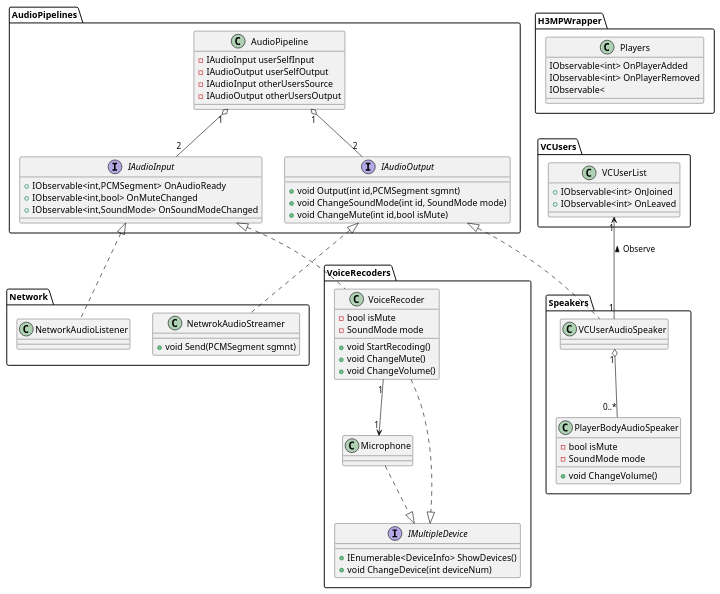
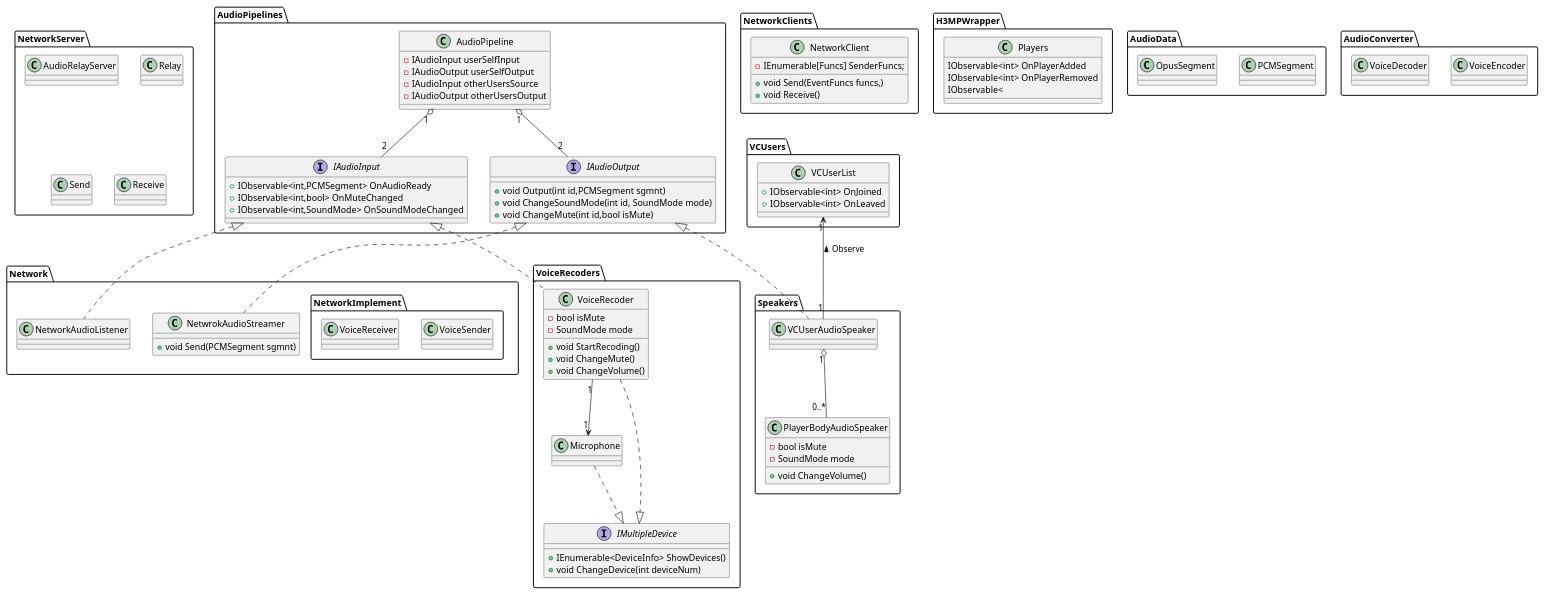
One commit to CatalpaBow/H3VC changed the diagram in uml.wsd. Above: the diagram before and after it, drawn with PlantUML. The commit also changed 866 other files, not shown here.

```diff
--- a/uml.wsd
+++ b/uml.wsd
@@ -1,93 +1,139 @@
 @startuml
 package AudioPipelines{
     class AudioPipeline{
         - IAudioInput userSelfInput
         - IAudioOutput userSelfOutput
         - IAudioInput otherUsersSource
         - IAudioOutput otherUsersOutput    
     }
     interface IAudioOutput{
         + void Output(int id,PCMSegment sgmnt)
         + void ChangeSoundMode(int id, SoundMode mode)
         + void ChangeMute(int id,bool isMute)
     }
     interface IAudioInput{
         + IObservable<int,PCMSegment> OnAudioReady
         + IObservable<int,bool> OnMuteChanged
         + IObservable<int,SoundMode> OnSoundModeChanged
     }
 }
+package NetworkServer{
+    class AudioRelayServer{
+        
+    }
 
+    class Relay{
+
+    }
+    class Send{
+
+    }
+    class Receive{
+
+    }
+    
+}
+package NetworkClients{
+    class NetworkClient{
+        - IEnumerable[Funcs] SenderFuncs; 
+        + void Send(EventFuncs funcs,)
+        + void Receive()
+    }
+
+}
 
 package Network{
     class NetworkAudioListener{
 
     }
     class NetwrokAudioStreamer{
         + void Send(PCMSegment sgmnt)
+    }
+    package NetworkImplement{
+        class VoiceSender{
+
+        }
+        class VoiceReceiver{
+
+        }
     }
 }
 package VCUsers{
     class VCUserList{
     + IObservable<int> OnJoined
     + IObservable<int> OnLeaved
     }
 }
 
 package Speakers{
 
     class VCUserAudioSpeaker{
 
     }
 
     class PlayerBodyAudioSpeaker{
         - bool isMute
         - SoundMode mode
 
         + void ChangeVolume()
     }
 }
 
 package VoiceRecoders{
     class VoiceRecoder{
         - bool isMute
         - SoundMode mode
 
         + void StartRecoding()
         + void ChangeMute()
         + void ChangeVolume()
     }
 
     class Microphone{
 
     }
     interface IMultipleDevice{
         + IEnumerable<DeviceInfo> ShowDevices()
         + void ChangeDevice(int deviceNum)
     }
 }
 package H3MPWrapper{
     class Players{
         IObservable<int> OnPlayerAdded
         IObservable<int> OnPlayerRemoved
         IObservable<
     }
 }
+package AudioData{
+    class PCMSegment{
 
+    }
+    class OpusSegment{
+
+    }
+}
+package AudioConverter{
+    class VoiceEncoder{
+
+    }
+    class VoiceDecoder{
+
+    }
+}
 IAudioOutput <|.. NetwrokAudioStreamer
 IAudioOutput <|.. VCUserAudioSpeaker
 IAudioInput <|.. VoiceRecoder 
 IAudioInput <|.. NetworkAudioListener
 
 AudioPipeline "1" o-- "2" IAudioOutput
 AudioPipeline "1" o-- "2" IAudioInput
 
 VoiceRecoder ..|> IMultipleDevice
 VoiceRecoder "1" --> "1" Microphone
 
 Microphone ..|> IMultipleDevice
 
 VCUserAudioSpeaker "1" o-- "0..*" PlayerBodyAudioSpeaker
 
 VCUserList  "1" <-- "1" VCUserAudioSpeaker  : Observe <
 @enduml
```
